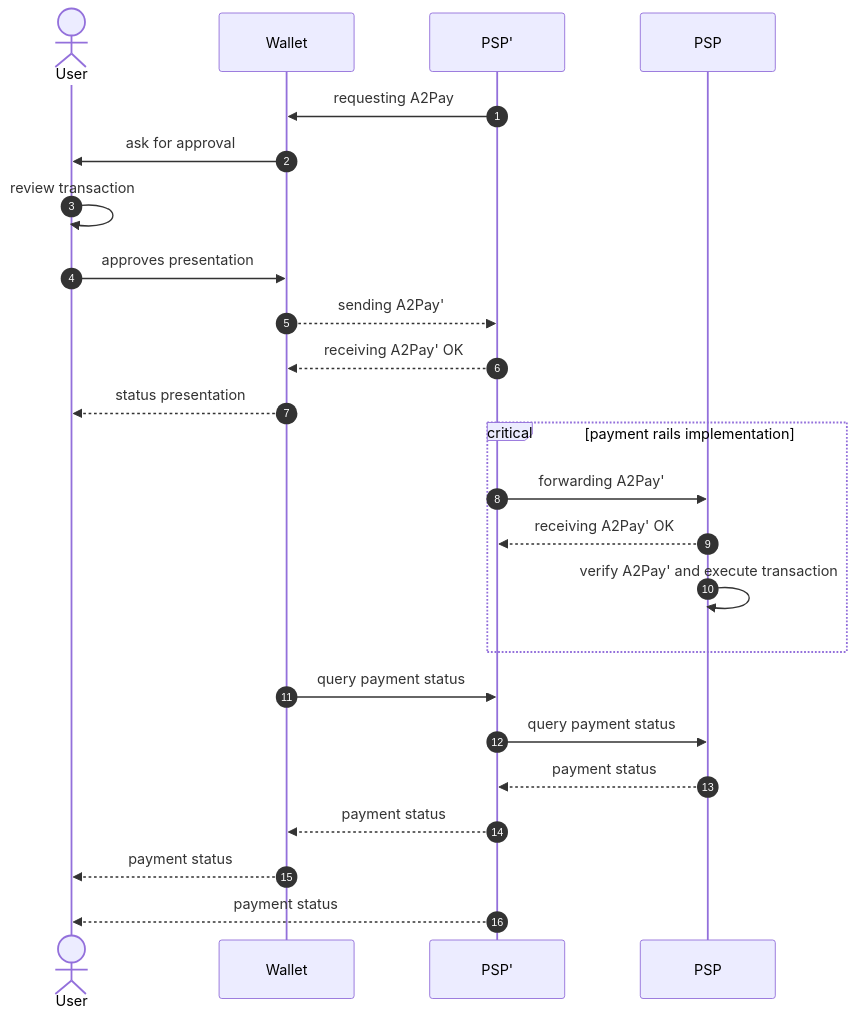
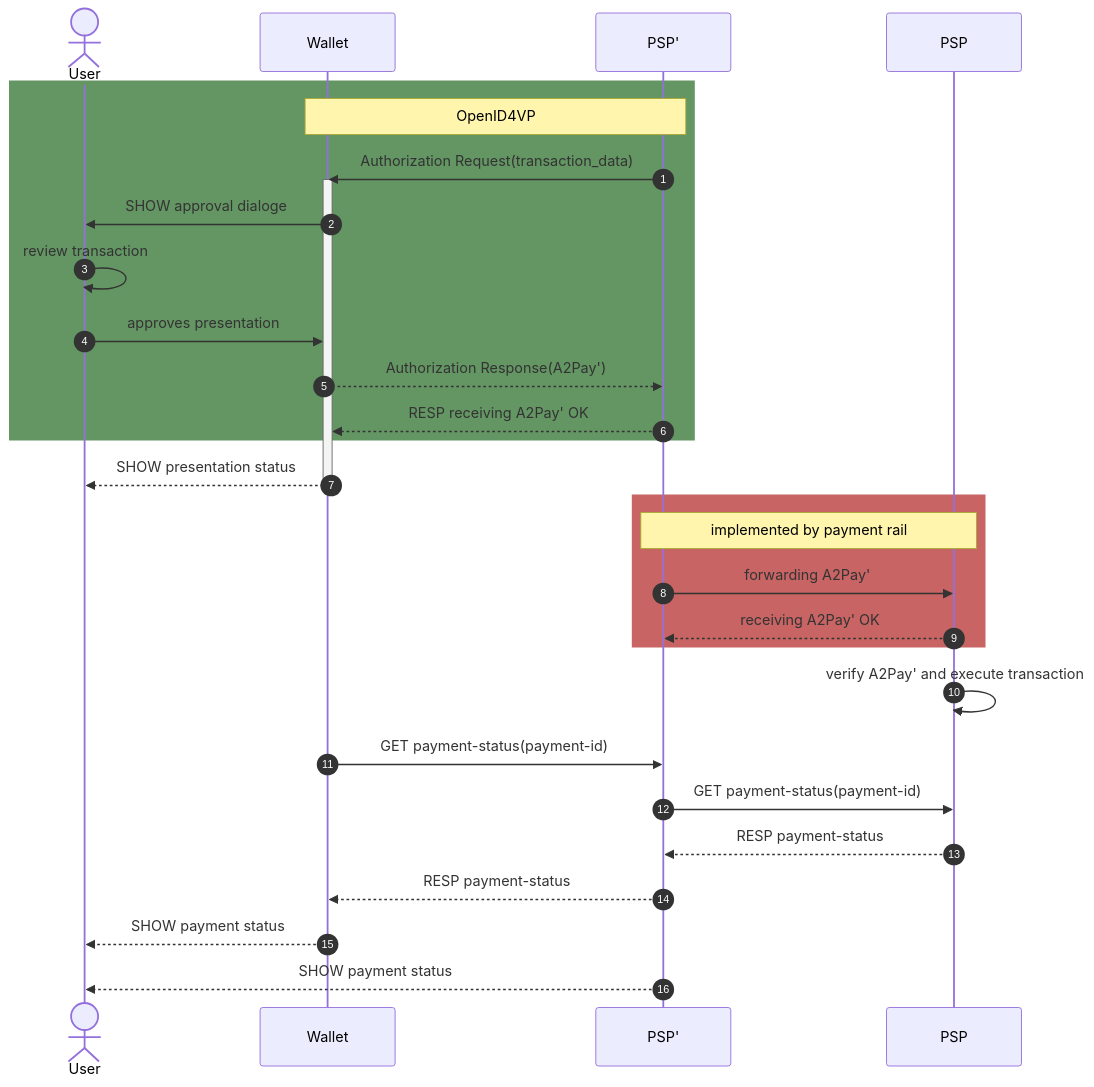
One commit to nobid-consortium/payment-reference-documentation changed the second of 2 diagrams in payment-reference-doc.md. Above: the diagram before and after it, drawn with Mermaid. The commit also changed other lines of this file, not shown here.

Commit message:
updated sequence diagramms

````diff
--- a/payment-reference-doc.md
+++ b/payment-reference-doc.md
@@ -310,28 +316,33 @@
 ```mermaid
 
 sequenceDiagram
     autonumber
     actor user as User
     participant wallet as Wallet
     participant psp2 as PSP'
     participant psp as PSP
-
-    psp2 ->> wallet: requesting A2Pay
-    wallet ->> user: ask for approval
+    rect rgb(100, 150, 100)
+    note over wallet, psp2: OpenID4VP
+    psp2 ->> wallet: Authorization Request(transaction_data)
+    activate wallet
+    wallet ->> user: SHOW approval dialoge
     user ->> user: review transaction
     user ->> wallet: approves presentation
-    wallet -->> psp2: sending A2Pay'
-    psp2 -->> wallet: receiving A2Pay' OK
-    wallet -->> user: status presentation
-    critical payment rails implementation
+    wallet -->> psp2: Authorization Response(A2Pay')
+    psp2 -->> wallet: RESP receiving A2Pay' OK
+    end
+    wallet -->> user: SHOW presentation status
+    deactivate wallet
+    rect rgb(200, 100, 100)
+    note over psp, psp2: implemented by payment rail 
     psp2 ->> psp: forwarding A2Pay'
     psp -->> psp2: receiving A2Pay' OK
+    end
     psp ->> psp: verify A2Pay' and execute transaction
-    end
-    wallet ->> psp2: query payment status
-    psp2 ->> psp: query payment status
-    psp -->> psp2: payment status 
-    psp2 -->> wallet: payment status
-    wallet -->> user: payment status
-    psp2 -->> user: payment status
+    wallet ->> psp2: GET payment-status(payment-id)
+    psp2 ->> psp: GET payment-status(payment-id)
+    psp -->> psp2: RESP payment-status 
+    psp2 -->> wallet: RESP payment-status
+    wallet -->> user: SHOW payment status
+    psp2 -->> user: SHOW payment status
 ```
````
